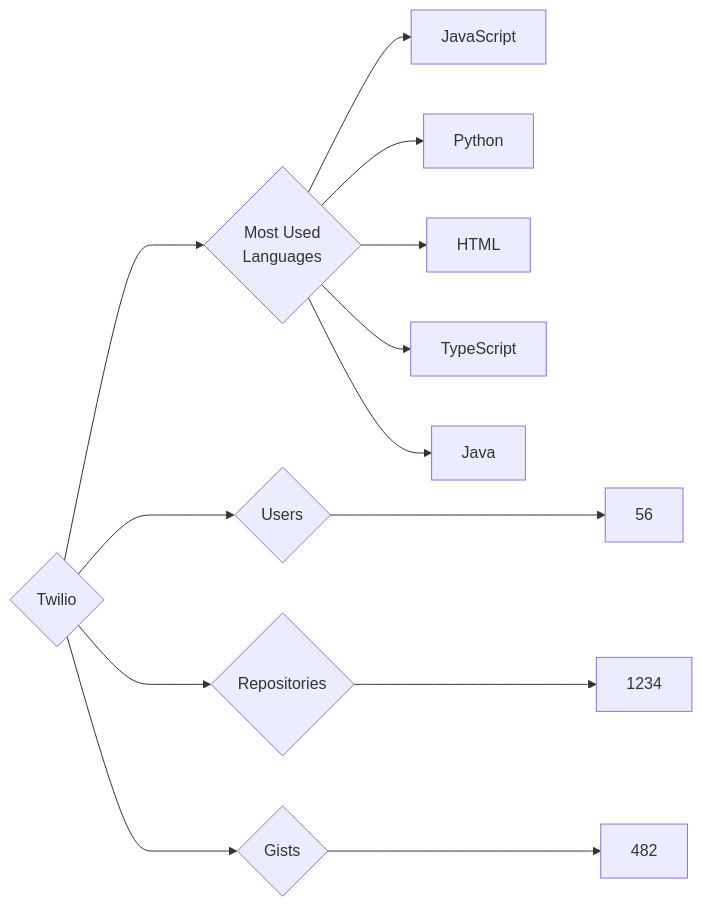
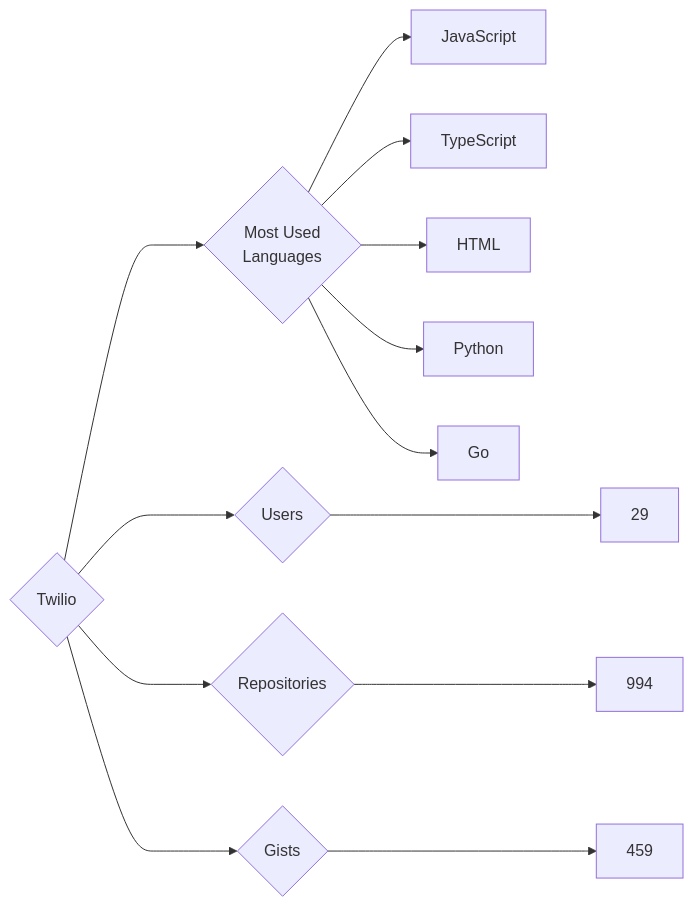
Before and after one commit to trickest/insiders: the diagram in targets/Twilio/README.md, drawn with Mermaid. The commit also changed 765 other files, not shown here.

````diff
--- a/targets/Twilio/README.md
+++ b/targets/Twilio/README.md
@@ -3,13 +3,13 @@
 ```mermaid
 graph LR
 COMPANY_NAME{Twilio}
-COMPANY_NAME ---> U{Users} ---> UN[56]
-COMPANY_NAME ---> R{Repositories} ---> RN[1234]
-COMPANY_NAME ---> G{Gists} ---> GN[482]
+COMPANY_NAME ---> U{Users} ---> UN[29]
+COMPANY_NAME ---> R{Repositories} ---> RN[994]
+COMPANY_NAME ---> G{Gists} ---> GN[459]
 COMPANY_NAME ---> ML{Most Used<br>Languages}
 ML --> JavaScript[JavaScript]
+ML --> TypeScript[TypeScript]
+ML --> HTML[HTML]
 ML --> Python[Python]
-ML --> HTML[HTML]
-ML --> TypeScript[TypeScript]
-ML --> Java[Java]
+ML --> Go[Go]
 ```
````
